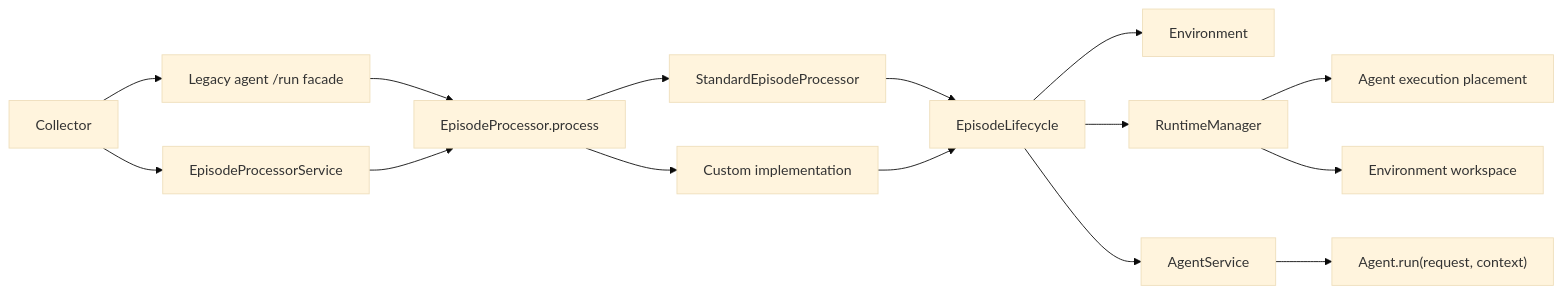
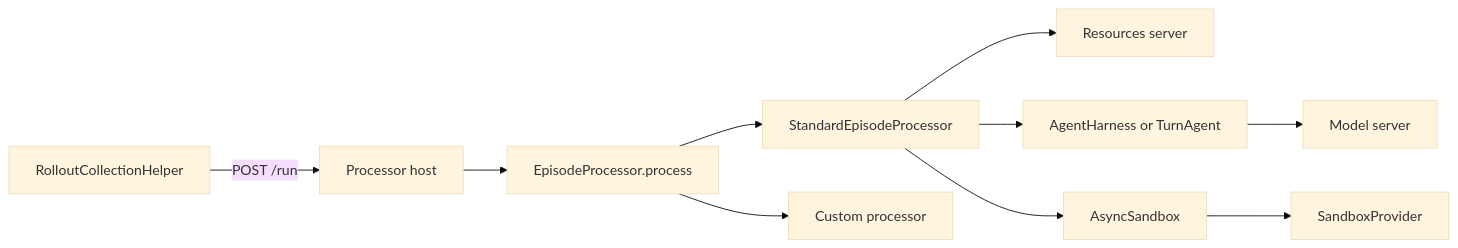
One commit to ananthsub/Gym changed the first of 2 diagrams in investigations/episode-orchestration-design.md. Above: the diagram before and after it, drawn with Mermaid (base theme). The commit also changed other lines of this file and 1 other file, not shown here.

First line of the commit message:
docs(investigations): simplify episode orchestration design

````diff
--- a/investigations/episode-orchestration-design.md
+++ b/investigations/episode-orchestration-design.md
@@ -138,17 +36,12 @@
 ```mermaid
 flowchart LR
-    Collector --> Legacy["Legacy agent /run facade"]
-    Collector --> Service["EpisodeProcessorService"]
-    Legacy --> Processor["EpisodeProcessor.process"]
-    Service --> Processor
+    Collector["RolloutCollectionHelper"] -->|POST /run| Host["Processor host"]
+    Host --> Processor["EpisodeProcessor.process"]
     Processor --> Standard["StandardEpisodeProcessor"]
-    Processor --> Custom["Custom implementation"]
-    Standard --> Lifecycle["EpisodeLifecycle"]
-    Custom --> Lifecycle
-    Lifecycle --> Environment
-    Lifecycle --> RuntimeManager
-    Lifecycle --> AgentService
-    AgentService --> Agent["Agent.run(request, context)"]
-    RuntimeManager --> Placement["Agent execution placement"]
-    RuntimeManager --> Workspace["Environment workspace"]
+    Processor --> Custom["Custom processor"]
+    Standard --> Environment["Resources server"]
+    Standard --> Harness["AgentHarness or TurnAgent"]
+    Standard --> Sandbox["AsyncSandbox"]
+    Sandbox --> Provider["SandboxProvider"]
+    Harness --> Model["Model server"]
 ```
````
